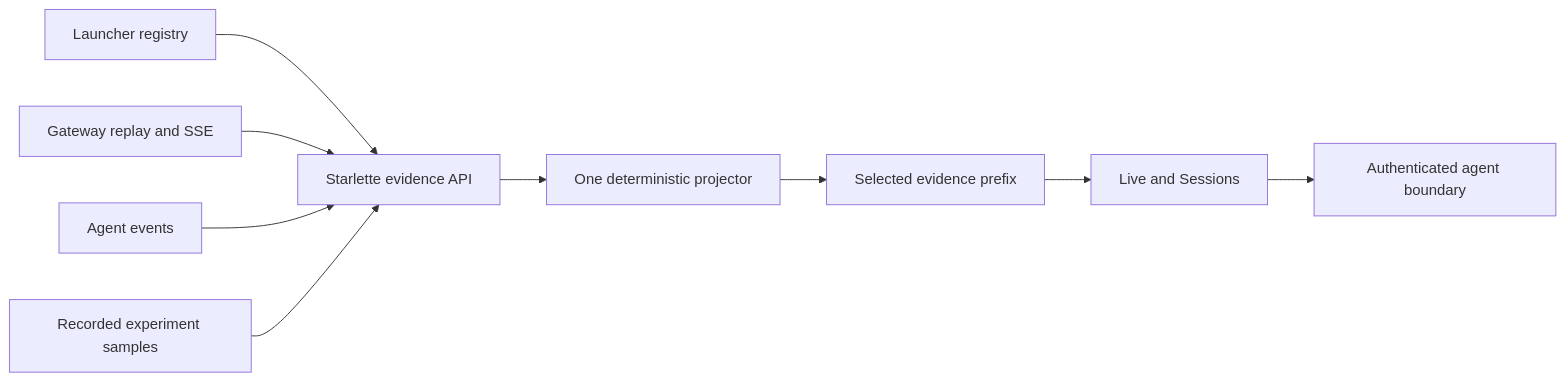
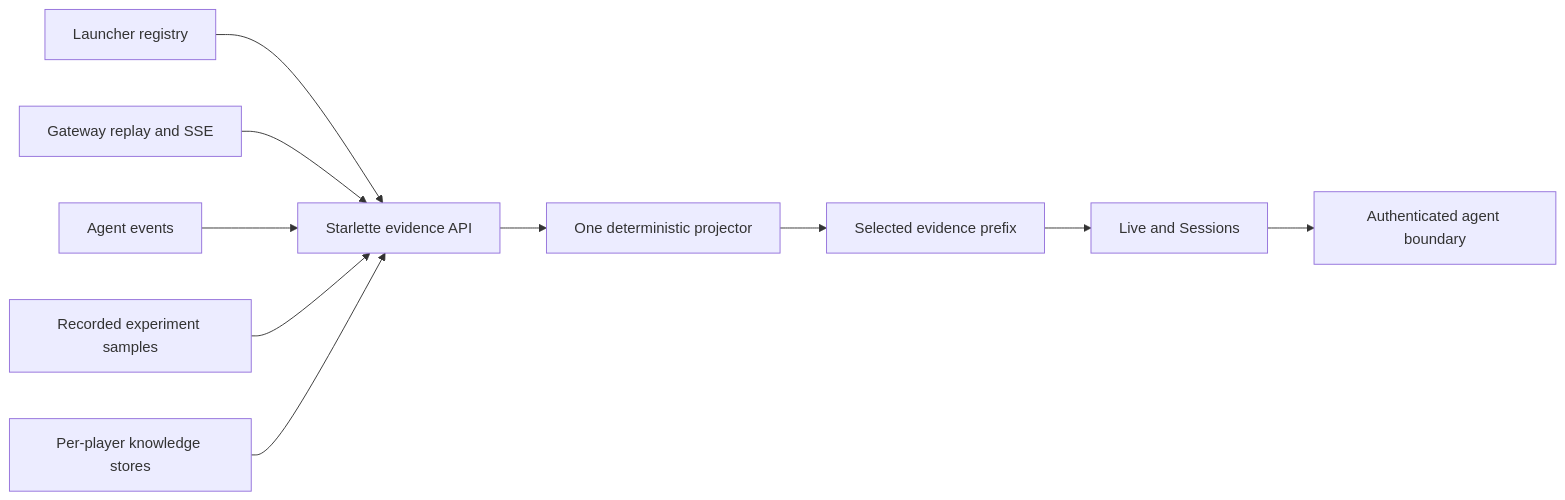
The first of 2 diagrams in week2_capable/observatory/README.md (IbnouT/claude-code-camp-2026-Q2), drawn with Mermaid before and after one commit. The commit also changed other lines of this file and 57 other files, not shown here.

````diff
--- a/week2_capable/observatory/README.md
+++ b/week2_capable/observatory/README.md
@@ -8,11 +8,12 @@
 ```mermaid
 flowchart LR
     R["Launcher registry"] --> A["Starlette evidence API"]
     G["Gateway replay and SSE"] --> A
     E["Agent events"] --> A
     B["Recorded experiment samples"] --> A
+    K["Per-player knowledge stores"] --> A
     A --> D["One deterministic projector"]
     D --> W["Selected evidence prefix"]
     W --> L["Live and Sessions"]
     L --> C["Authenticated agent boundary"]
 ```
````
